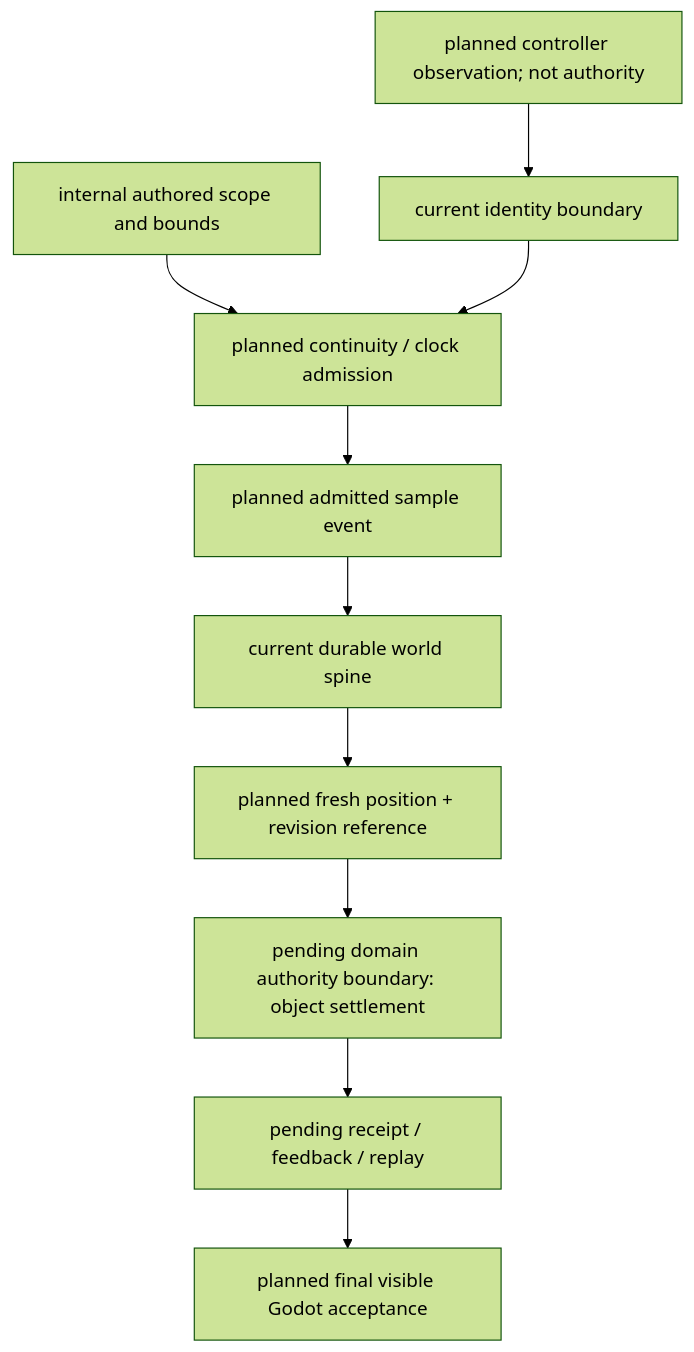
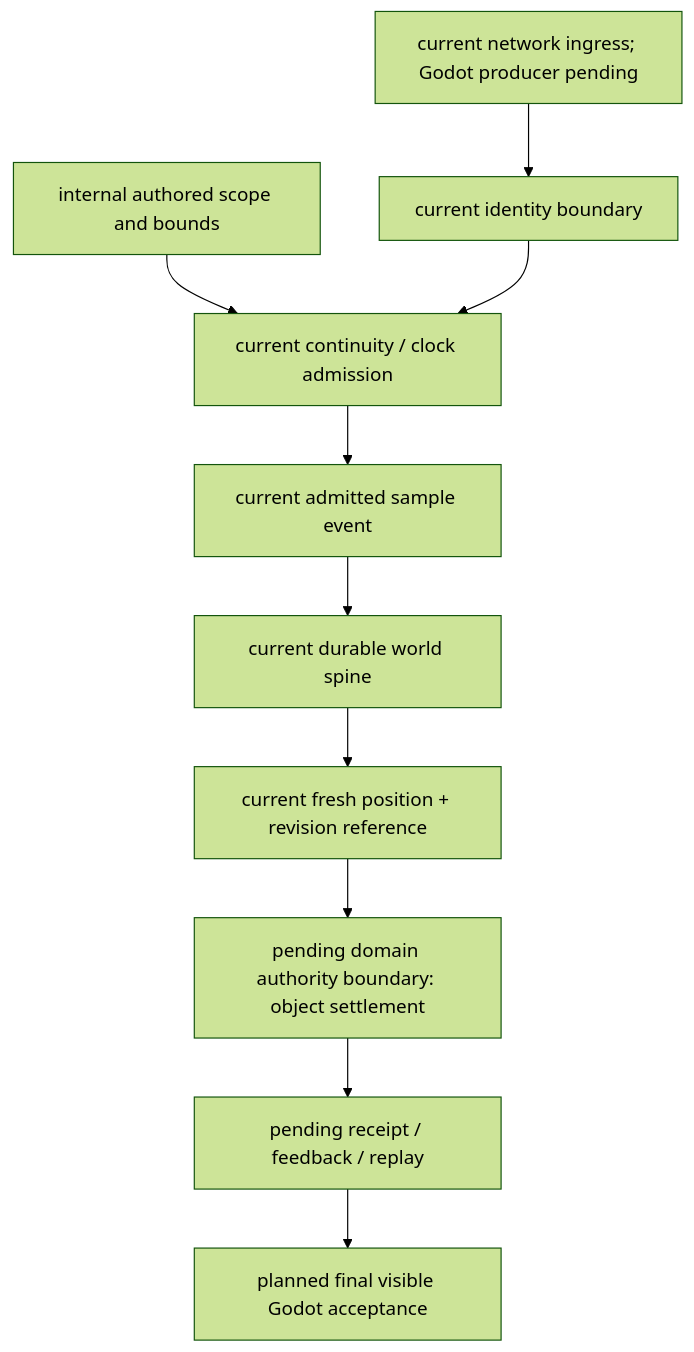
The third of 3 diagrams in docs/superpowers/specs/2026-10-20-embodied-spatial-source-design.md (Dancing-coin/Paralls-phase0-1), drawn with Mermaid (forest theme) before and after one commit. The commit also changed other lines of this file and 2 other files, not shown here.

Commit message:
docs: record live spatial ingress evidence and cleanup limits

````diff
--- a/docs/superpowers/specs/2026-10-20-embodied-spatial-source-design.md
+++ b/docs/superpowers/specs/2026-10-20-embodied-spatial-source-design.md
@@ -48,11 +48,11 @@
 ```mermaid
 flowchart TD
-  I["planned controller observation; not authority"] --> A["current identity boundary"]
-  R["internal authored scope and bounds"] --> B["planned continuity / clock admission"]
-  A --> B --> E["planned admitted sample event"]
+  I["current network ingress; Godot producer pending"] --> A["current identity boundary"]
+  R["internal authored scope and bounds"] --> B["current continuity / clock admission"]
+  A --> B --> E["current admitted sample event"]
   E --> W["current durable world spine"]
-  W --> P["planned fresh position + revision reference"]
+  W --> P["current fresh position + revision reference"]
   P --> O["pending domain authority boundary: object settlement"]
   O --> F["pending receipt / feedback / replay"]
   F --> G["planned final visible Godot acceptance"]
 ```
````
